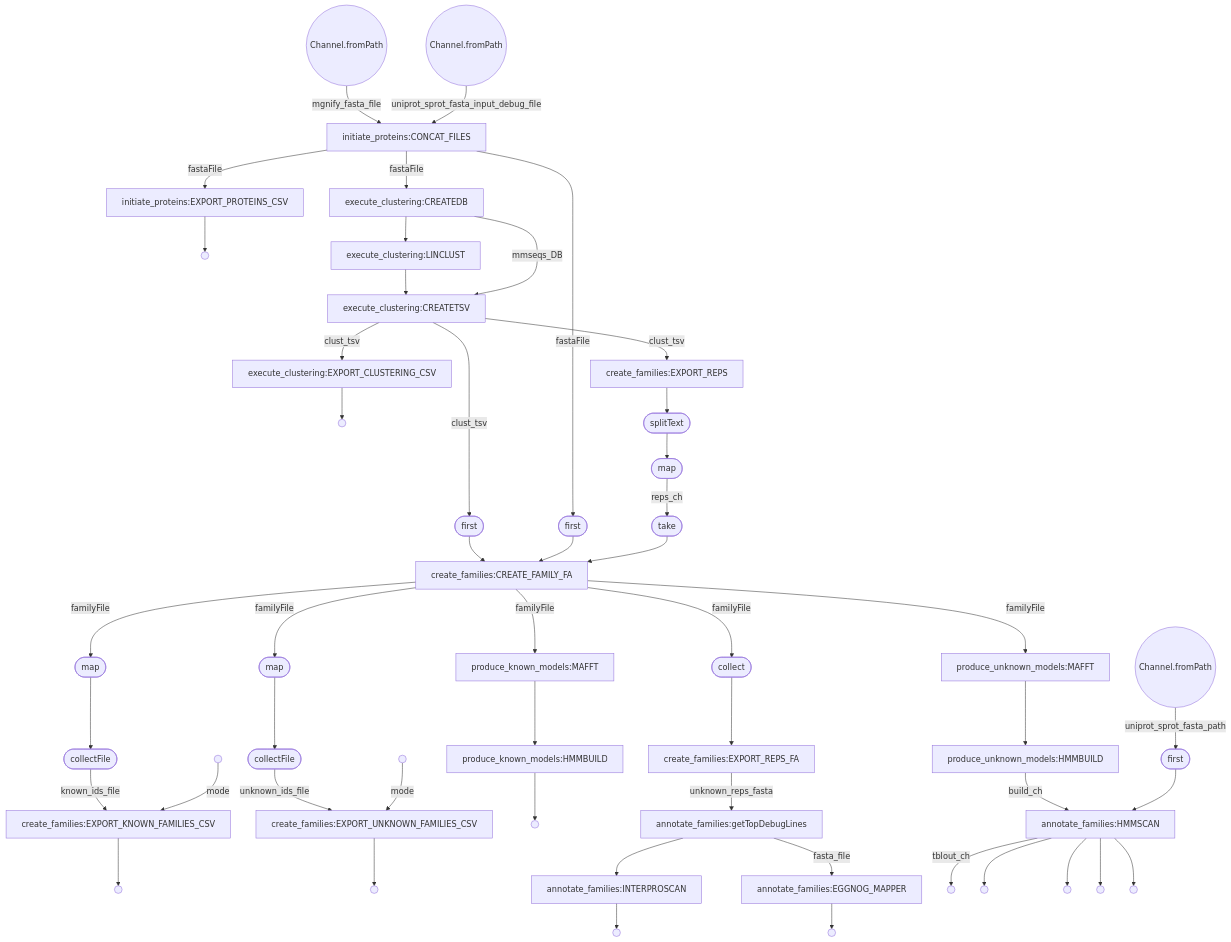
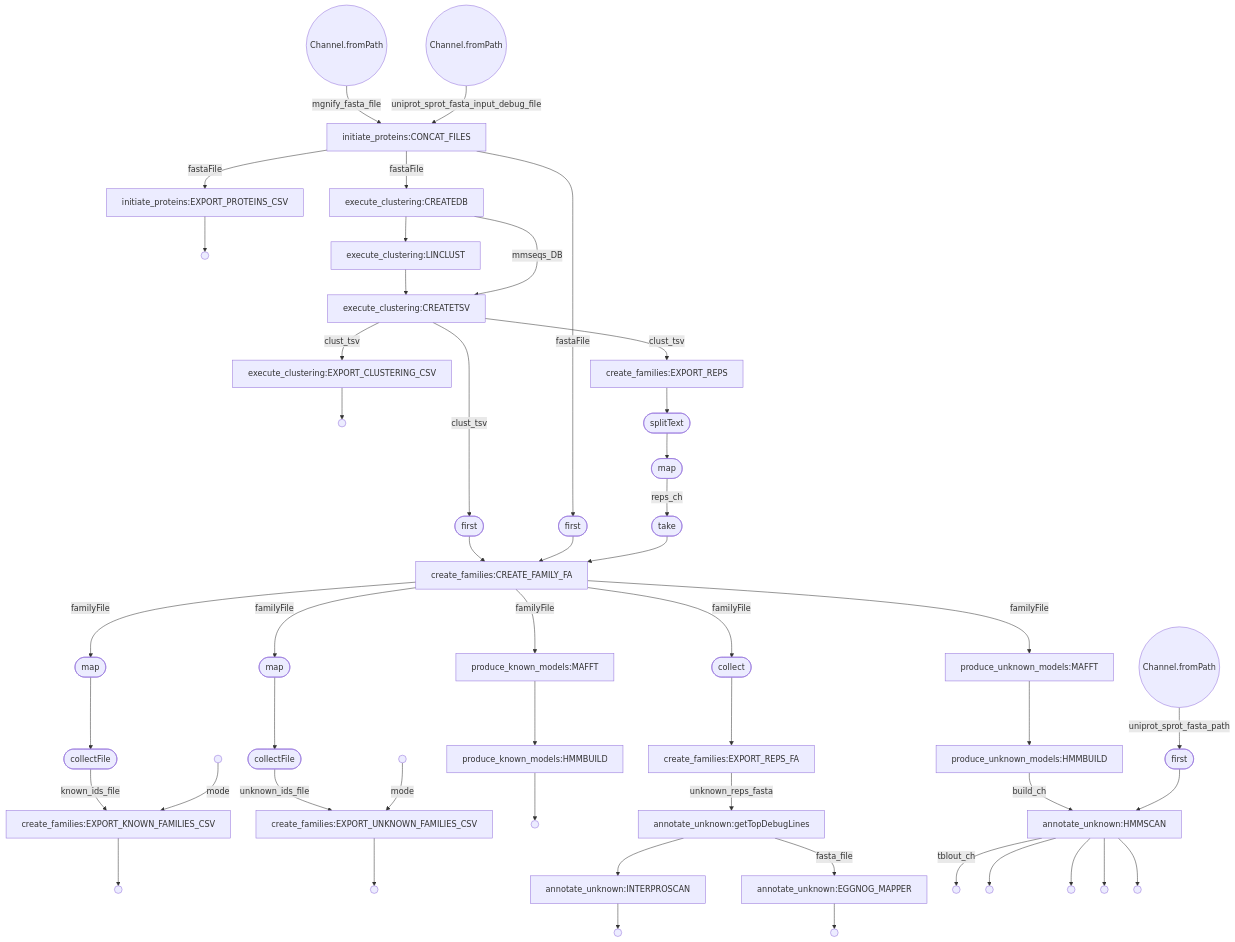
One commit to EBI-Metagenomics/mgnifams changed the diagram in flowchart_main.mmd. Above: the diagram before and after it, drawn with Mermaid. The commit also changed 10 other files, not shown here.

```diff
--- a/flowchart_main.mmd
+++ b/flowchart_main.mmd
@@ -1,97 +1,97 @@
 flowchart TD
     p0((Channel.fromPath))
     p1((Channel.fromPath))
     p2[initiate_proteins:CONCAT_FILES]
     p3[initiate_proteins:EXPORT_PROTEINS_CSV]
     p4(( ))
     p5[execute_clustering:CREATEDB]
     p6[execute_clustering:LINCLUST]
     p7[execute_clustering:CREATETSV]
     p8[execute_clustering:EXPORT_CLUSTERING_CSV]
     p9(( ))
     p10[create_families:EXPORT_REPS]
     p11([splitText])
     p12([map])
     p13([first])
     p14([first])
     p15([take])
     p16[create_families:CREATE_FAMILY_FA]
     p17([map])
     p18([collectFile])
     p19(( ))
     p20[create_families:EXPORT_KNOWN_FAMILIES_CSV]
     p21(( ))
     p22([collect])
     p23[create_families:EXPORT_REPS_FA]
     p24([map])
     p25([collectFile])
     p26(( ))
     p27[create_families:EXPORT_UNKNOWN_FAMILIES_CSV]
     p28(( ))
     p29[produce_unknown_models:MAFFT]
     p30[produce_unknown_models:HMMBUILD]
     p31[produce_known_models:MAFFT]
     p32[produce_known_models:HMMBUILD]
     p33(( ))
     p34((Channel.fromPath))
-    p35[annotate_families:getTopDebugLines]
-    p36[annotate_families:INTERPROSCAN]
+    p35[annotate_unknown:getTopDebugLines]
+    p36[annotate_unknown:INTERPROSCAN]
     p37(( ))
-    p38[annotate_families:EGGNOG_MAPPER]
+    p38[annotate_unknown:EGGNOG_MAPPER]
     p39(( ))
     p40([first])
-    p41[annotate_families:HMMSCAN]
+    p41[annotate_unknown:HMMSCAN]
     p42(( ))
     p43(( ))
     p44(( ))
     p45(( ))
     p46(( ))
     p0 -->|mgnify_fasta_file| p2
     p1 -->|uniprot_sprot_fasta_input_debug_file| p2
     p2 -->|fastaFile| p3
     p3 --> p4
     p2 -->|fastaFile| p5
     p5 --> p6
     p6 --> p7
     p5 -->|mmseqs_DB| p7
     p7 -->|clust_tsv| p8
     p8 --> p9
     p7 -->|clust_tsv| p10
     p10 --> p11
     p11 --> p12
     p12 -->|reps_ch| p15
     p7 -->|clust_tsv| p13
     p13 --> p16
     p2 -->|fastaFile| p14
     p14 --> p16
     p15 --> p16
     p16 -->|familyFile| p17
     p16 -->|familyFile| p22
     p17 --> p18
     p18 -->|known_ids_file| p20
     p19 -->|mode| p20
     p20 --> p21
     p22 --> p23
     p23 -->|unknown_reps_fasta| p35
     p16 -->|familyFile| p24
     p24 --> p25
     p25 -->|unknown_ids_file| p27
     p26 -->|mode| p27
     p27 --> p28
     p16 -->|familyFile| p29
     p29 --> p30
     p30 -->|build_ch| p41
     p16 -->|familyFile| p31
     p31 --> p32
     p32 --> p33
     p34 -->|uniprot_sprot_fasta_path| p40
     p35 --> p36
     p36 --> p37
     p35 -->|fasta_file| p38
     p38 --> p39
     p40 --> p41
     p41 --> p46
     p41 --> p45
     p41 --> p44
     p41 --> p43
     p41 -->|tblout_ch| p42
```
